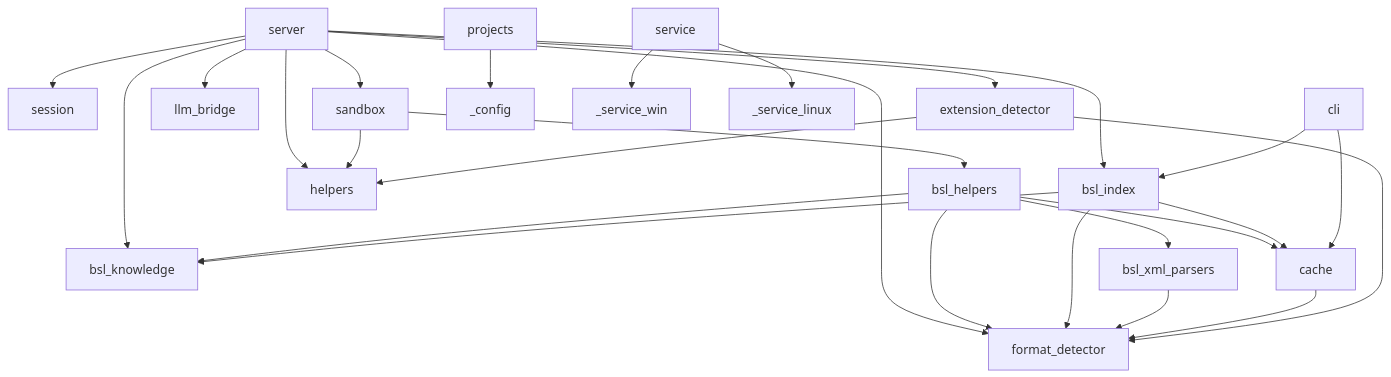
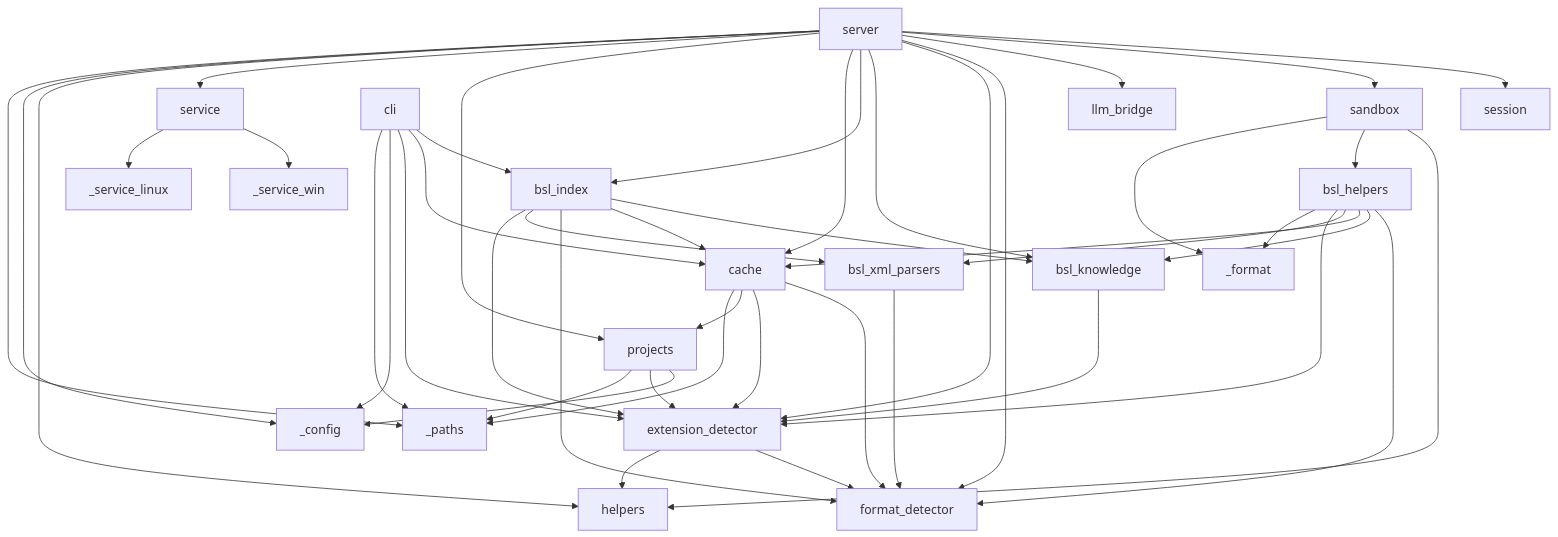
The diagram in docs/MODULE_MAP.md (1cvibe/rlm-tools-bsl), drawn with Mermaid before and after one commit. The commit also changed other lines of this file and 8 other files, not shown here.

````diff
--- a/docs/MODULE_MAP.md
+++ b/docs/MODULE_MAP.md
@@ -40,38 +41,58 @@
 ```mermaid
 graph TD
     server --> session
     server --> sandbox
     server --> llm_bridge
     server --> format_detector
     server --> extension_detector
     server --> bsl_knowledge
     server --> bsl_index
+    server --> cache
+    server --> projects
+    server --> service
     server --> helpers
+    server --> _config
+    server --> _paths
 
     sandbox --> helpers
     sandbox --> bsl_helpers
+    sandbox --> _format
 
     bsl_helpers --> format_detector
     bsl_helpers --> bsl_knowledge
     bsl_helpers --> cache
     bsl_helpers --> bsl_xml_parsers
+    bsl_helpers --> extension_detector
+    bsl_helpers --> _format
 
     bsl_index --> bsl_knowledge
     bsl_index --> cache
     bsl_index --> format_detector
+    bsl_index --> bsl_xml_parsers
+    bsl_index --> extension_detector
+
+    bsl_knowledge --> extension_detector
 
     bsl_xml_parsers --> format_detector
 
     cache --> format_detector
+    cache --> extension_detector
+    cache --> projects
+    cache --> _paths
 
     extension_detector --> format_detector
     extension_detector --> helpers
 
     cli --> bsl_index
     cli --> cache
+    cli --> extension_detector
+    cli --> _config
+    cli --> _paths
 
     projects --> _config
+    projects --> extension_detector
+    projects --> _paths
 
     service --> _service_win
     service --> _service_linux
 ```
````
